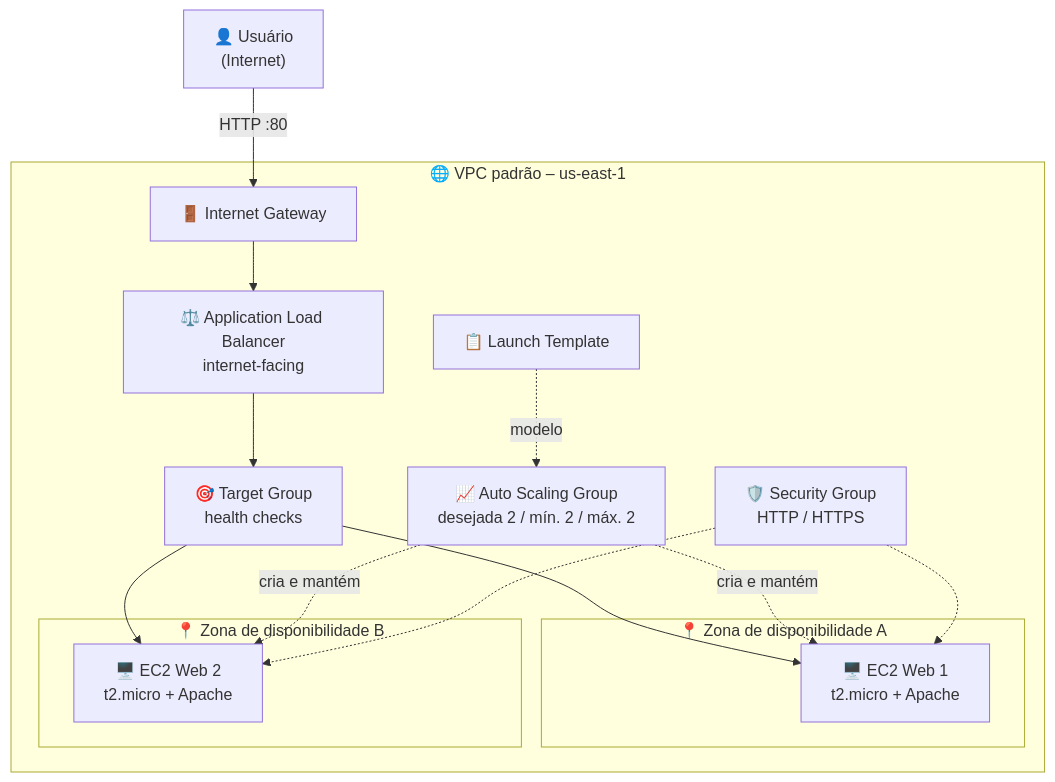
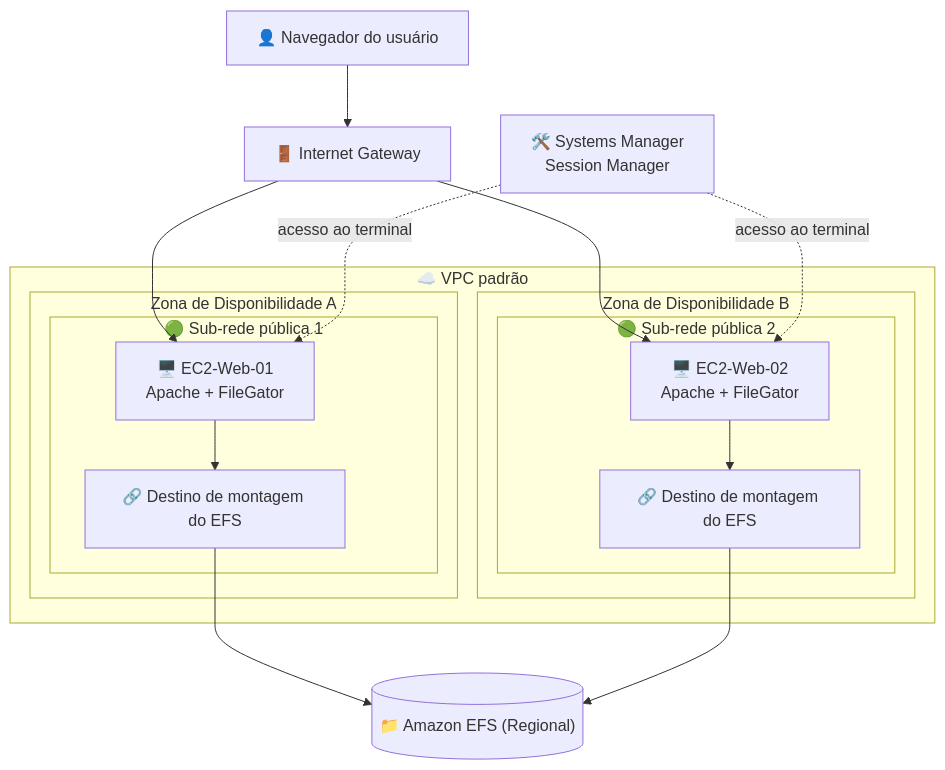
The diagram in Mandatory Labs/Lab 05 - Auto Scaling e Elastic Load Balancer/Lab 05 - Auto Scaling e Elastic Load Balancer.md (lbarretto/aws-sa-associate-labs), drawn with Mermaid before and after one commit. The commit also changed other lines of this file and 47 other files, not shown here.

First line of the commit message:
aws-sa-associate-labs - update AWS Solutions Architect Associate lab documentation

````diff
--- a/Mandatory Labs/Lab 05 - Auto Scaling e Elastic Load Balancer/Lab 05 - Auto Scaling e Elastic Load Balancer.md
+++ b/Mandatory Labs/Lab 05 - Auto Scaling e Elastic Load Balancer/Lab 05 - Auto Scaling e Elastic Load Balancer.md
@@ -75,21 +74,29 @@
 ```mermaid
 flowchart TB
-    U["👤 Usuário<br/>(Internet)"] -->|"HTTP :80"| IGW["🚪 Internet Gateway"]
-    subgraph VPC["🌐 VPC padrão – us-east-1"]
-        IGW --> ALB["⚖️ Application Load Balancer<br/>internet-facing"]
-        ALB --> TG["🎯 Target Group<br/>health checks"]
-        subgraph AZA["📍 Zona de disponibilidade A"]
-            EC1["🖥️ EC2 Web 1<br/>t2.micro + Apache"]
+    U["👤 Navegador do usuário"] --> IGW["🚪 Internet Gateway"]
+
+    subgraph VPC["☁️ VPC padrão"]
+        subgraph AZA["Zona de Disponibilidade A"]
+            subgraph PUBA["🟢 Sub-rede pública 1"]
+                EC1["🖥️ EC2-Web-01<br/>Apache + FileGator"]
+                MT1["🔗 Destino de montagem do EFS"]
+            end
         end
-        subgraph AZB["📍 Zona de disponibilidade B"]
-            EC2["🖥️ EC2 Web 2<br/>t2.micro + Apache"]
+        subgraph AZB["Zona de Disponibilidade B"]
+            subgraph PUBB["🟢 Sub-rede pública 2"]
+                EC2["🖥️ EC2-Web-02<br/>Apache + FileGator"]
+                MT2["🔗 Destino de montagem do EFS"]
+            end
         end
-        TG --> EC1
-        TG --> EC2
-        LT["📋 Launch Template"] -.->|"modelo"| ASG["📈 Auto Scaling Group<br/>desejada 2 / mín. 2 / máx. 2"]
-        ASG -.->|"cria e mantém"| EC1
-        ASG -.->|"cria e mantém"| EC2
-        SG["🛡️ Security Group<br/>HTTP / HTTPS"] -.-> EC1
-        SG -.-> EC2
     end
+
+    EFS[("📁 Amazon EFS (Regional)")]
+    SSM["🛠️ Systems Manager<br/>Session Manager"]
+
+    IGW --> EC1
+    IGW --> EC2
+    EC1 --> MT1 --> EFS
+    EC2 --> MT2 --> EFS
+    SSM -. acesso ao terminal .-> EC1
+    SSM -. acesso ao terminal .-> EC2
 ```
````
